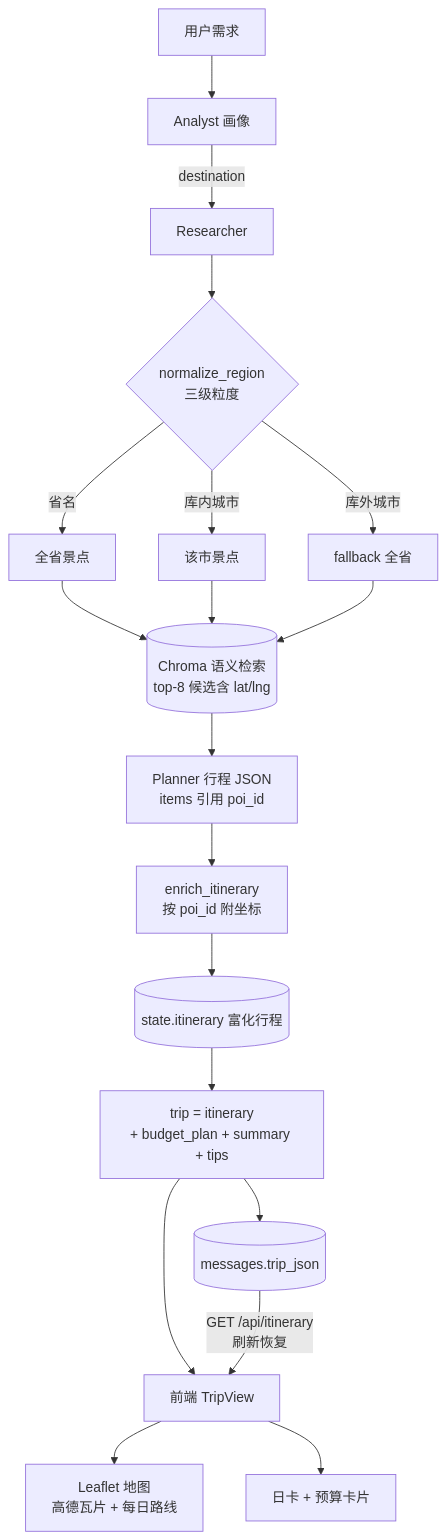
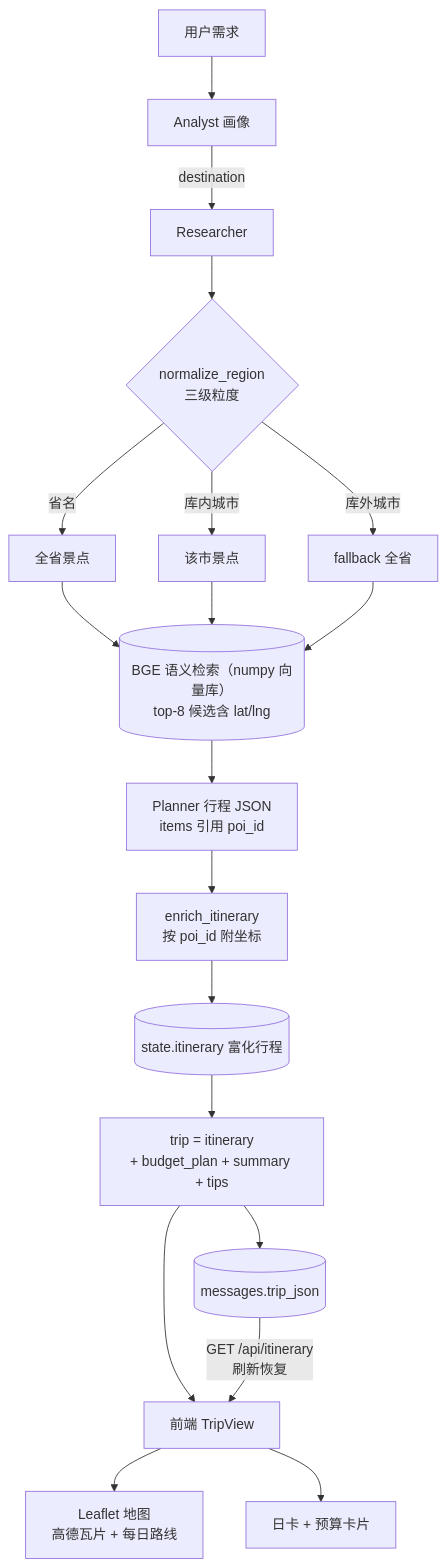
Before and after one commit to Linzekai23/smart-travel-assistant: the third of 3 diagrams in docs/architecture.md, drawn with Mermaid. The commit also changed other lines of this file and 35 other files, not shown here.

First line of the commit message:
feat: 高德景点为主+RAG兜底、语料扩至1054条（自建向量库）、城市清单360市、交通规划地图化

````diff
--- a/docs/architecture.md
+++ b/docs/architecture.md
@@ -51,19 +63,19 @@
 ```mermaid
 flowchart TD
     Q[用户需求] --> AN[Analyst 画像]
     AN -->|destination| RE[Researcher]
     RE --> N{normalize_region<br/>三级粒度}
     N -->|省名| P1[全省景点]
     N -->|库内城市| P2[该市景点]
     N -->|库外城市| P3[fallback 全省]
-    P1 & P2 & P3 --> KB[(Chroma 语义检索<br/>top-8 候选含 lat/lng)]
+    P1 & P2 & P3 --> KB[(BGE 语义检索（numpy 向量库）<br/>top-8 候选含 lat/lng)]
     KB --> PL[Planner 行程 JSON<br/>items 引用 poi_id]
     PL --> EN[enrich_itinerary<br/>按 poi_id 附坐标]
     EN --> ST[(state.itinerary 富化行程)]
     ST --> TR[trip = itinerary<br/>+ budget_plan + summary + tips]
     TR --> DB2[(messages.trip_json)]
     TR --> FE2[前端 TripView]
     DB2 -->|GET /api/itinerary<br/>刷新恢复| FE2
     FE2 --> MAP[Leaflet 地图<br/>高德瓦片 + 每日路线]
     FE2 --> CARDS[日卡 + 预算卡片]
 ```
````
